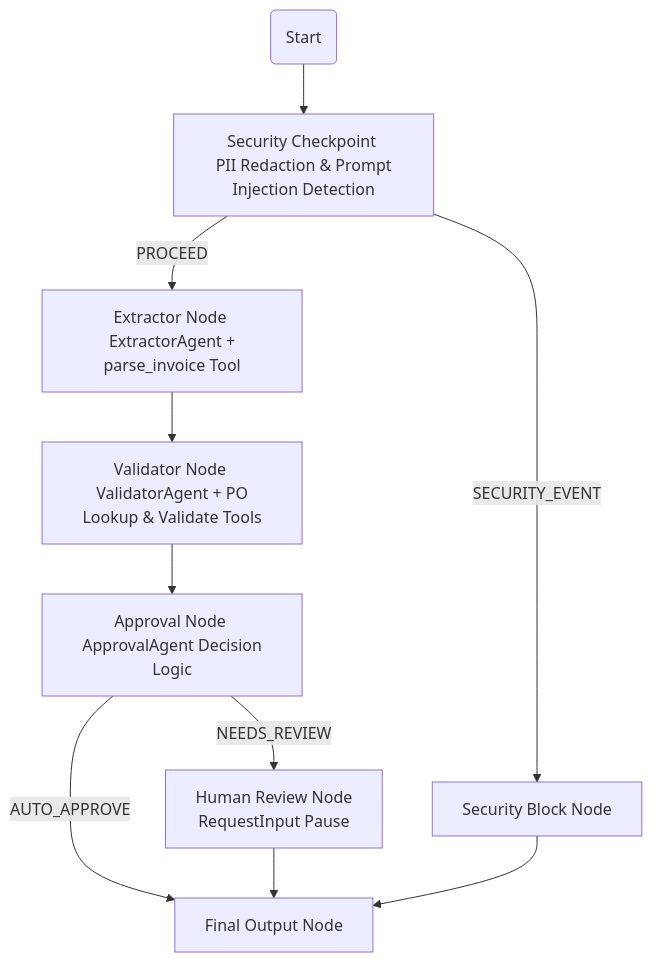
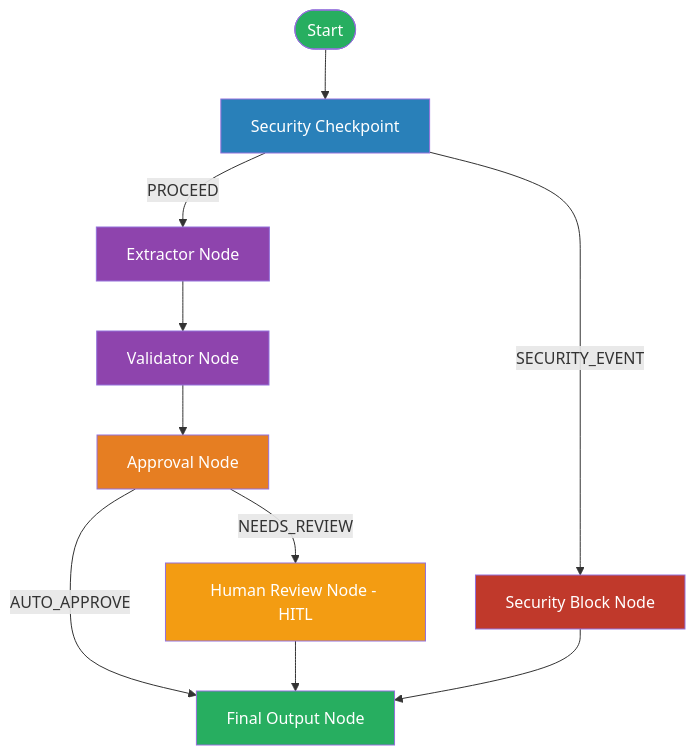
One commit to srushi/smart-invoice-agent changed the diagram in README.md. Above: the diagram before and after it, drawn with Mermaid. The commit also changed other lines of this file, not shown here.

Commit message:
fix: update mermaid diagram syntax for GitHub rendering

````diff
--- a/README.md
+++ b/README.md
@@ -47,12 +47,21 @@
 ```mermaid
 graph TD
-    START(Start) --> SecCheck["Security Checkpoint <br/> PII Redaction & Prompt Injection Detection"]
-    SecCheck -->|SECURITY_EVENT| SecBlock["Security Block Node"]
-    SecCheck -->|PROCEED| ExtNode["Extractor Node <br/> ExtractorAgent + parse_invoice Tool"]
-    ExtNode --> ValNode["Validator Node <br/> ValidatorAgent + PO Lookup & Validate Tools"]
-    ValNode --> AppNode["Approval Node <br/> ApprovalAgent Decision Logic"]
-    AppNode -->|AUTO_APPROVE| Final["Final Output Node"]
-    AppNode -->|NEEDS_REVIEW| HITL["Human Review Node <br/> RequestInput Pause"]
+    START([Start]) --> SecCheck[Security Checkpoint]
+    SecCheck -- SECURITY_EVENT --> SecBlock[Security Block Node]
+    SecCheck -- PROCEED --> ExtNode[Extractor Node]
+    ExtNode --> ValNode[Validator Node]
+    ValNode --> AppNode[Approval Node]
+    AppNode -- AUTO_APPROVE --> Final[Final Output Node]
+    AppNode -- NEEDS_REVIEW --> HITL[Human Review Node - HITL]
     HITL --> Final
     SecBlock --> Final
+
+    style START fill:#27ae60,color:#fff
+    style SecCheck fill:#2980b9,color:#fff
+    style SecBlock fill:#c0392b,color:#fff
+    style ExtNode fill:#8e44ad,color:#fff
+    style ValNode fill:#8e44ad,color:#fff
+    style AppNode fill:#e67e22,color:#fff
+    style HITL fill:#f39c12,color:#fff
+    style Final fill:#27ae60,color:#fff
 ```
````
